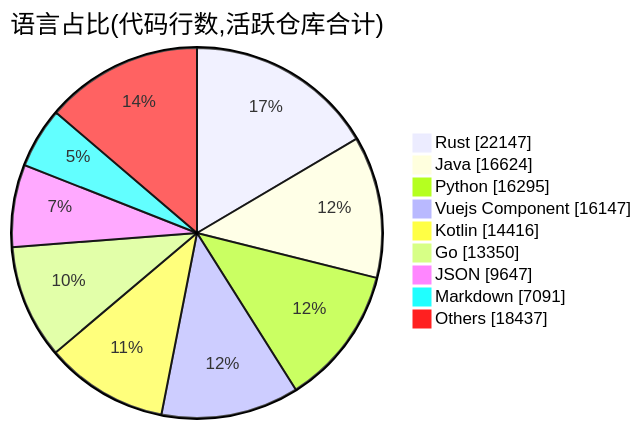
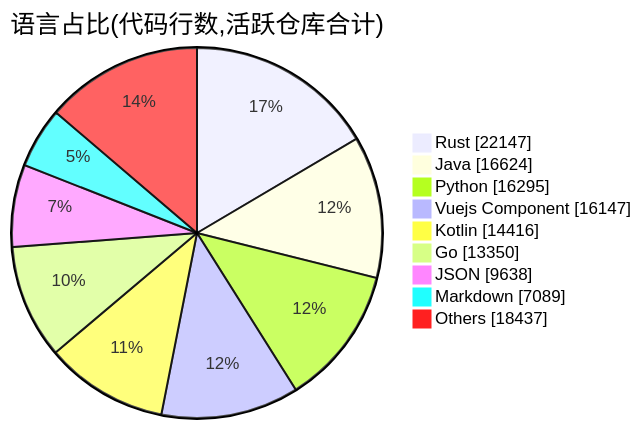
One commit to Conflux-Union/.github changed the second of 2 diagrams in profile/README.md. Above: the diagram before and after it, drawn with Mermaid. The commit also changed other lines of this file and 1 other file, not shown here.

````diff
--- a/profile/README.md
+++ b/profile/README.md
@@ -76,13 +76,13 @@
 ```mermaid
 pie showData
     title 语言占比(代码行数,活跃仓库合计)
     "Rust" : 22147
     "Java" : 16624
     "Python" : 16295
     "Vuejs Component" : 16147
     "Kotlin" : 14416
     "Go" : 13350
-    "JSON" : 9647
-    "Markdown" : 7091
+    "JSON" : 9638
+    "Markdown" : 7089
     "Others" : 18437
 ```
````
